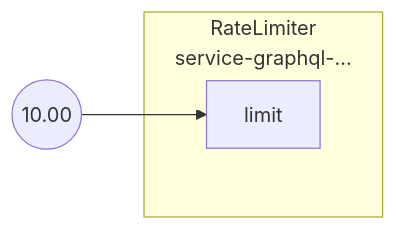
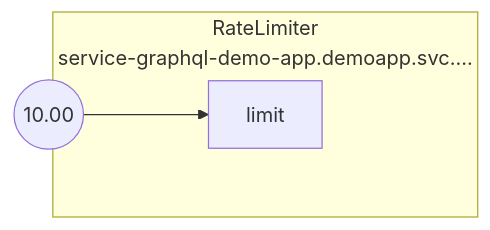
The diagram in docs/content/tutorials/integrations/flow-control/classification/assets/graphql-rate-limiting/graphql-rate-limiting-jwt.mmd (fluxninja/aperture), drawn with Mermaid before and after one commit. The commit also changed 60 other files, not shown here.

Commit message:
mermaid: add short description

```diff
--- a/docs/content/tutorials/integrations/flow-control/classification/assets/graphql-rate-limiting/graphql-rate-limiting-jwt.mmd
+++ b/docs/content/tutorials/integrations/flow-control/classification/assets/graphql-rate-limiting/graphql-rate-limiting-jwt.mmd
@@ -1,9 +1,9 @@
 flowchart LR
 FakeConstant0((10.00))
 FakeConstant0 --> root.0limit
-subgraph root.0[<center>RateLimiter<br/>service-graphql-...</center>]
+subgraph root.0[<center>RateLimiter<br/>service-graphql-demo-app.demoapp.svc....</center>]
 subgraph root.0_inports[ ]
 style root.0_inports fill:none,stroke:none
 root.0limit[limit]
 end
 end
```
